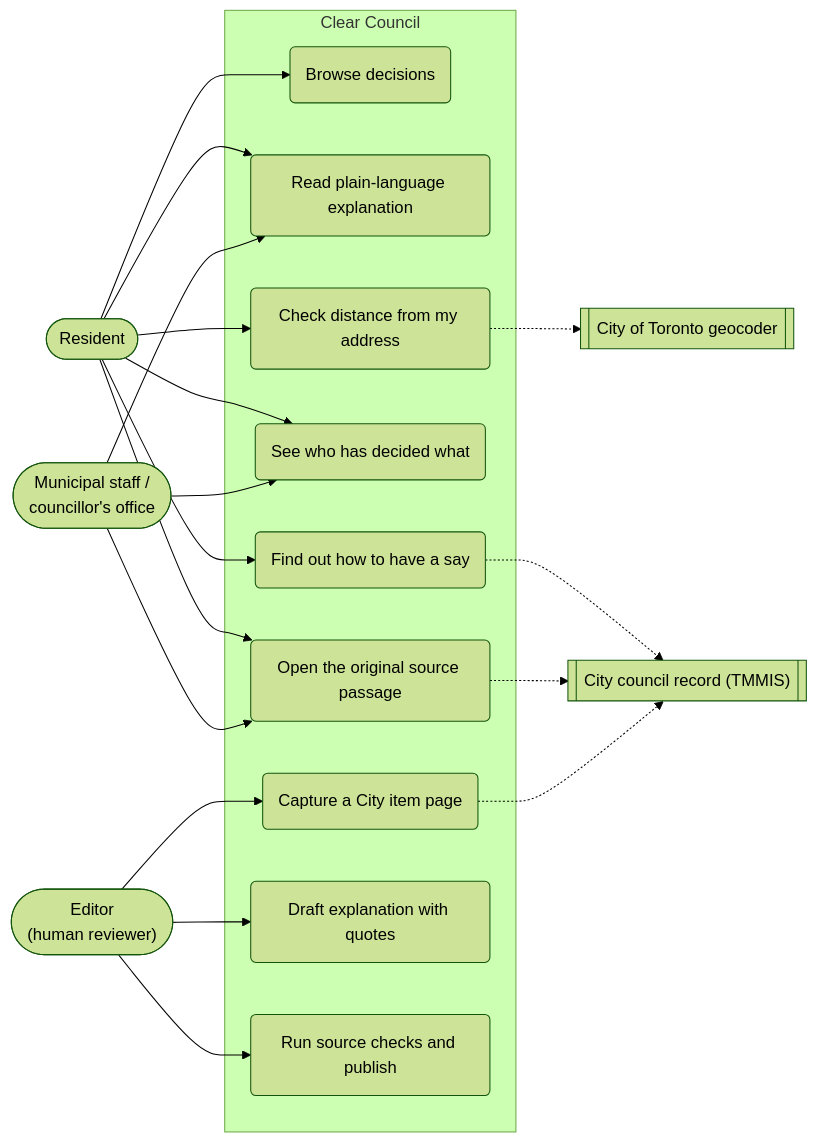
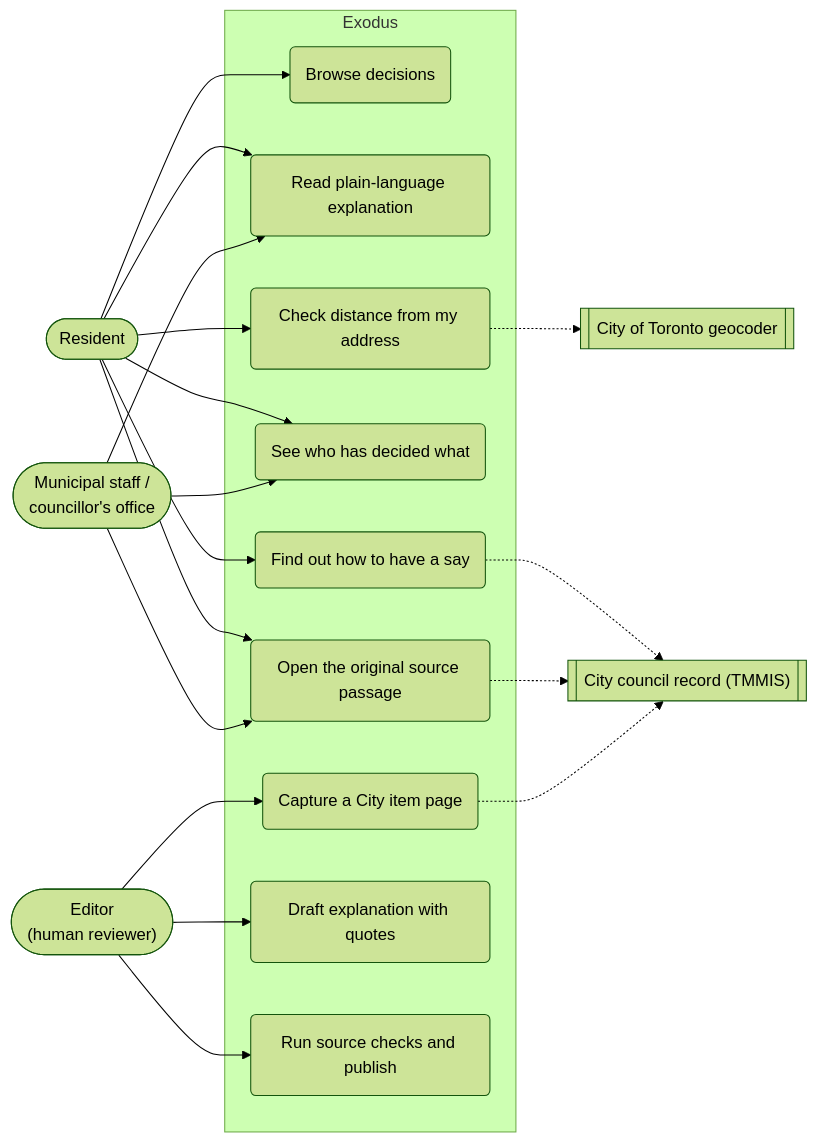
Before and after one commit to CommunihacksSeed/exodus: the first of 8 diagrams in docs/DESIGN.md, drawn with Mermaid (forest theme). The commit also changed other lines of this file and 29 other files, not shown here.

````diff
--- a/docs/DESIGN.md
+++ b/docs/DESIGN.md
@@ -77,29 +77,29 @@
 ```mermaid
 flowchart LR
   resident(["Resident"])
   staff(["Municipal staff /<br/>councillor's office"])
   editor(["Editor<br/>(human reviewer)"])
 
-  subgraph CC["Clear Council"]
+  subgraph CC["Exodus"]
     uc1("Browse decisions")
     uc2("Read plain-language explanation")
     uc3("Check distance from my address")
     uc4("See who has decided what")
     uc5("Find out how to have a say")
     uc6("Open the original source passage")
     uc7("Capture a City item page")
     uc8("Draft explanation with quotes")
     uc9("Run source checks and publish")
   end
 
   geocoder[["City of Toronto geocoder"]]
   tmmis[["City council record (TMMIS)"]]
 
   resident --> uc1 & uc2 & uc3 & uc4 & uc5 & uc6
   staff --> uc2 & uc4 & uc6
   editor --> uc7 & uc8 & uc9
   uc3 -.-> geocoder
   uc5 -.-> tmmis
   uc6 -.-> tmmis
   uc7 -.-> tmmis
 ```
````
